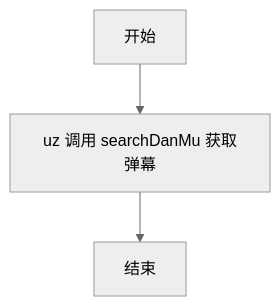
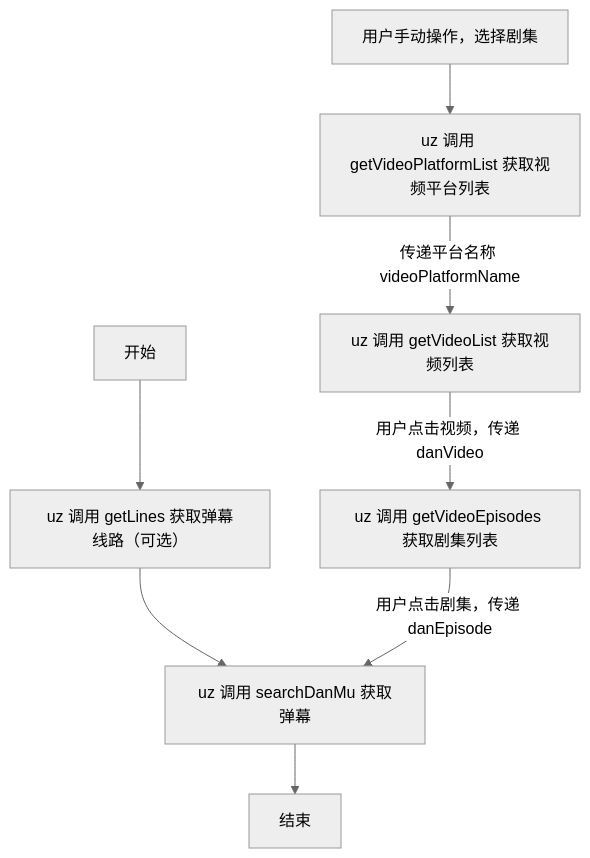
One commit to YYDS678/uzVideo-extensions changed the third of 3 diagrams in core/README.md. Above: the diagram before and after it, drawn with Mermaid (neutral theme). The commit also changed other lines of this file and 1 other file, not shown here.

````diff
--- a/core/README.md
+++ b/core/README.md
@@ -169,5 +170,7 @@
 ```mermaid
 graph TD
-A[开始] --> B[uz 调用 searchDanMu 获取弹幕] --> C[结束]
+A[开始] --> A1[uz 调用 getLines 获取弹幕线路（可选）] --> B[uz 调用 searchDanMu 获取弹幕] --> C[结束]
+
+A2[用户手动操作，选择剧集] --> BB[uz 调用 getVideoPlatformList 获取视频平台列表]  -->|传递平台名称 videoPlatformName| BB1[uz 调用 getVideoList 获取视频列表] -->|用户点击视频，传递 danVideo| BB2[uz 调用 getVideoEpisodes 获取剧集列表]  -->|用户点击剧集，传递 danEpisode| B[uz 调用 searchDanMu 获取弹幕]
 
 ```
````
